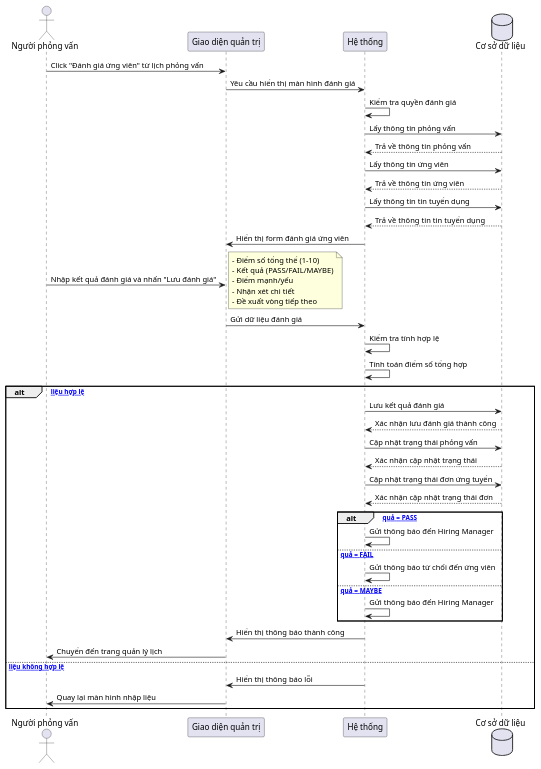
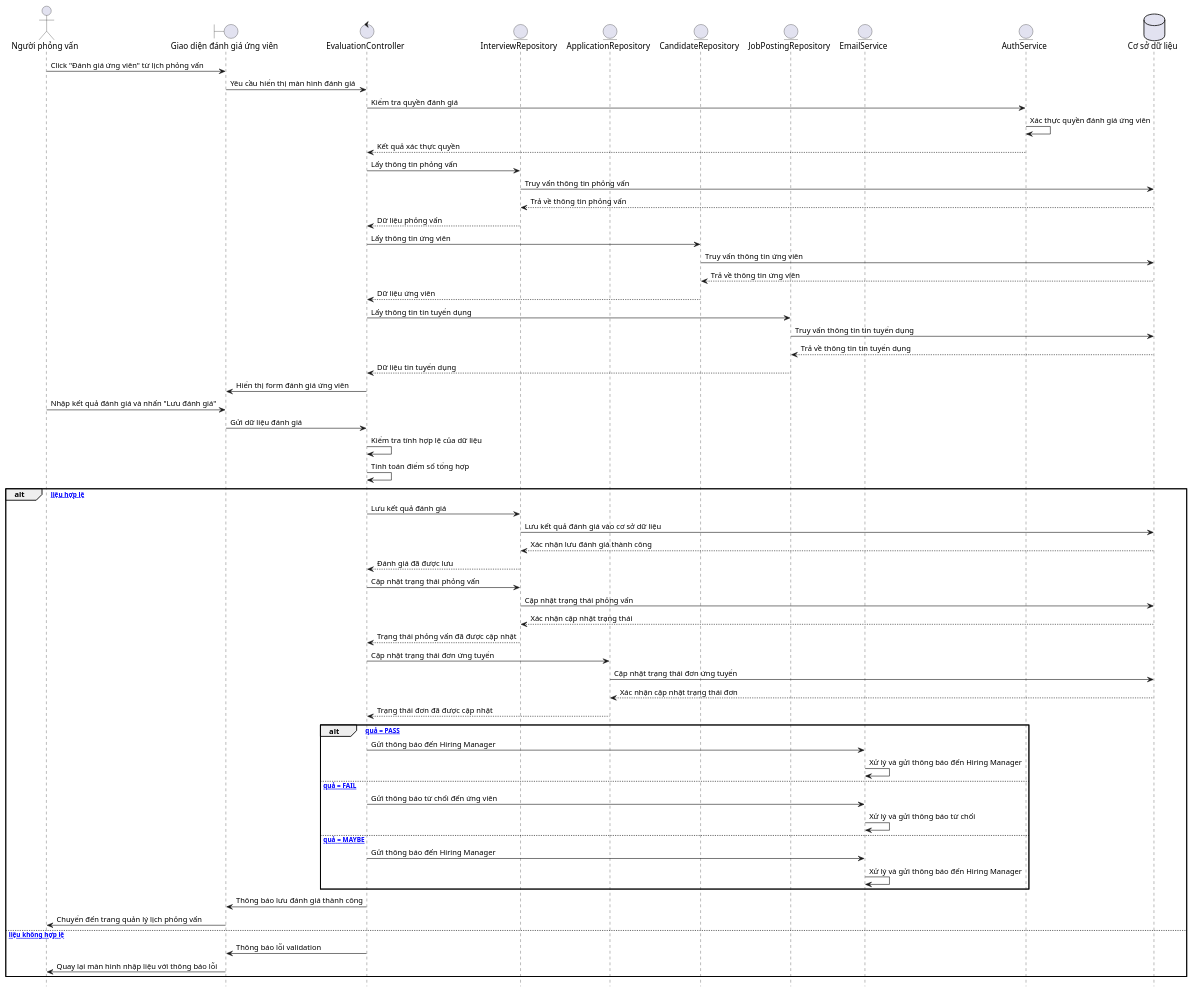
One commit to felix-253/TechLeet-server changed the diagram in sequence/UC-11/UC-11-simple-sequence.wsd. Above: the diagram before and after it, drawn with PlantUML. The commit also changed 20 other files, not shown here.

Commit message:
document: flow screen cv and suggest cv

```diff
--- a/sequence/UC-11/UC-11-simple-sequence.wsd
+++ b/sequence/UC-11/UC-11-simple-sequence.wsd
@@ -1,55 +1,78 @@
-@startuml UC-011: Đánh giá ứng viên
+@startuml UC-11: Đánh giá ứng viên
+hide footbox
+skinparam ParticipantPadding 10
+skinparam BoxPadding 5
 
-actor "Người phỏng vấn" as I
-participant "Giao diện quản trị" as FE
-participant "Hệ thống" as System
-database "Cơ sở dữ liệu" as DB
+actor "Người phỏng vấn" as Interviewer
+boundary "Giao diện đánh giá ứng viên" as EvaluationUI
+control "EvaluationController" as EvaluationController
+entity "InterviewRepository" as InterviewRepo
+entity "ApplicationRepository" as ApplicationRepo
+entity "CandidateRepository" as CandidateRepo
+entity "JobPostingRepository" as JobPostingRepo
+entity "EmailService" as EmailService
+entity "AuthService" as AuthService
+database "Cơ sở dữ liệu" as Database
 
-I -> FE: Click "Đánh giá ứng viên" từ lịch phỏng vấn
-FE -> System: Yêu cầu hiển thị màn hình đánh giá
-System -> System: Kiểm tra quyền đánh giá
-System -> DB: Lấy thông tin phỏng vấn
-DB --> System: Trả về thông tin phỏng vấn
-System -> DB: Lấy thông tin ứng viên
-DB --> System: Trả về thông tin ứng viên
-System -> DB: Lấy thông tin tin tuyển dụng
-DB --> System: Trả về thông tin tin tuyển dụng
-System -> FE: Hiển thị form đánh giá ứng viên
+Interviewer -> EvaluationUI: Click "Đánh giá ứng viên" từ lịch phỏng vấn
+EvaluationUI -> EvaluationController: Yêu cầu hiển thị màn hình đánh giá
+EvaluationController -> AuthService: Kiểm tra quyền đánh giá
+AuthService -> AuthService: Xác thực quyền đánh giá ứng viên
+AuthService --> EvaluationController: Kết quả xác thực quyền
+EvaluationController -> InterviewRepo: Lấy thông tin phỏng vấn
+InterviewRepo -> Database: Truy vấn thông tin phỏng vấn
+Database --> InterviewRepo: Trả về thông tin phỏng vấn
+InterviewRepo --> EvaluationController: Dữ liệu phỏng vấn
 
-I -> FE: Nhập kết quả đánh giá và nhấn "Lưu đánh giá"
-note right
-  - Điểm số tổng thể (1-10)
-  - Kết quả (PASS/FAIL/MAYBE)
-  - Điểm mạnh/yếu
-  - Nhận xét chi tiết
-  - Đề xuất vòng tiếp theo
-end note
+EvaluationController -> CandidateRepo: Lấy thông tin ứng viên
+CandidateRepo -> Database: Truy vấn thông tin ứng viên
+Database --> CandidateRepo: Trả về thông tin ứng viên
+CandidateRepo --> EvaluationController: Dữ liệu ứng viên
 
-FE -> System: Gửi dữ liệu đánh giá
-System -> System: Kiểm tra tính hợp lệ
-System -> System: Tính toán điểm số tổng hợp
+EvaluationController -> JobPostingRepo: Lấy thông tin tin tuyển dụng
+JobPostingRepo -> Database: Truy vấn thông tin tin tuyển dụng
+Database --> JobPostingRepo: Trả về thông tin tin tuyển dụng
+JobPostingRepo --> EvaluationController: Dữ liệu tin tuyển dụng
+EvaluationController -> EvaluationUI: Hiển thị form đánh giá ứng viên
+
+Interviewer -> EvaluationUI: Nhập kết quả đánh giá và nhấn "Lưu đánh giá"
+
+EvaluationUI -> EvaluationController: Gửi dữ liệu đánh giá
+EvaluationController -> EvaluationController: Kiểm tra tính hợp lệ của dữ liệu
+EvaluationController -> EvaluationController: Tính toán điểm số tổng hợp
 
 alt [Dữ liệu hợp lệ]
-    System -> DB: Lưu kết quả đánh giá
-    DB --> System: Xác nhận lưu đánh giá thành công
-    System -> DB: Cập nhật trạng thái phỏng vấn
-    DB --> System: Xác nhận cập nhật trạng thái
-    System -> DB: Cập nhật trạng thái đơn ứng tuyển
-    DB --> System: Xác nhận cập nhật trạng thái đơn
+    EvaluationController -> InterviewRepo: Lưu kết quả đánh giá
+    InterviewRepo -> Database: Lưu kết quả đánh giá vào cơ sở dữ liệu
+    Database --> InterviewRepo: Xác nhận lưu đánh giá thành công
+    InterviewRepo --> EvaluationController: Đánh giá đã được lưu
+    
+    EvaluationController -> InterviewRepo: Cập nhật trạng thái phỏng vấn
+    InterviewRepo -> Database: Cập nhật trạng thái phỏng vấn
+    Database --> InterviewRepo: Xác nhận cập nhật trạng thái
+    InterviewRepo --> EvaluationController: Trạng thái phỏng vấn đã được cập nhật
+    
+    EvaluationController -> ApplicationRepo: Cập nhật trạng thái đơn ứng tuyển
+    ApplicationRepo -> Database: Cập nhật trạng thái đơn ứng tuyển
+    Database --> ApplicationRepo: Xác nhận cập nhật trạng thái đơn
+    ApplicationRepo --> EvaluationController: Trạng thái đơn đã được cập nhật
     
     alt [Kết quả = PASS]
-        System -> System: Gửi thông báo đến Hiring Manager
+        EvaluationController -> EmailService: Gửi thông báo đến Hiring Manager
+        EmailService -> EmailService: Xử lý và gửi thông báo đến Hiring Manager
     else [Kết quả = FAIL]
-        System -> System: Gửi thông báo từ chối đến ứng viên
+        EvaluationController -> EmailService: Gửi thông báo từ chối đến ứng viên
+        EmailService -> EmailService: Xử lý và gửi thông báo từ chối
     else [Kết quả = MAYBE]
-        System -> System: Gửi thông báo đến Hiring Manager
+        EvaluationController -> EmailService: Gửi thông báo đến Hiring Manager
+        EmailService -> EmailService: Xử lý và gửi thông báo đến Hiring Manager
     end
     
-    System -> FE: Hiển thị thông báo thành công
-    FE -> I: Chuyển đến trang quản lý lịch
+    EvaluationController -> EvaluationUI: Thông báo lưu đánh giá thành công
+    EvaluationUI -> Interviewer: Chuyển đến trang quản lý lịch phỏng vấn
 else [Dữ liệu không hợp lệ]
-    System -> FE: Hiển thị thông báo lỗi
-    FE -> I: Quay lại màn hình nhập liệu
+    EvaluationController -> EvaluationUI: Thông báo lỗi validation
+    EvaluationUI -> Interviewer: Quay lại màn hình nhập liệu với thông báo lỗi
 end
 
 @enduml
```
